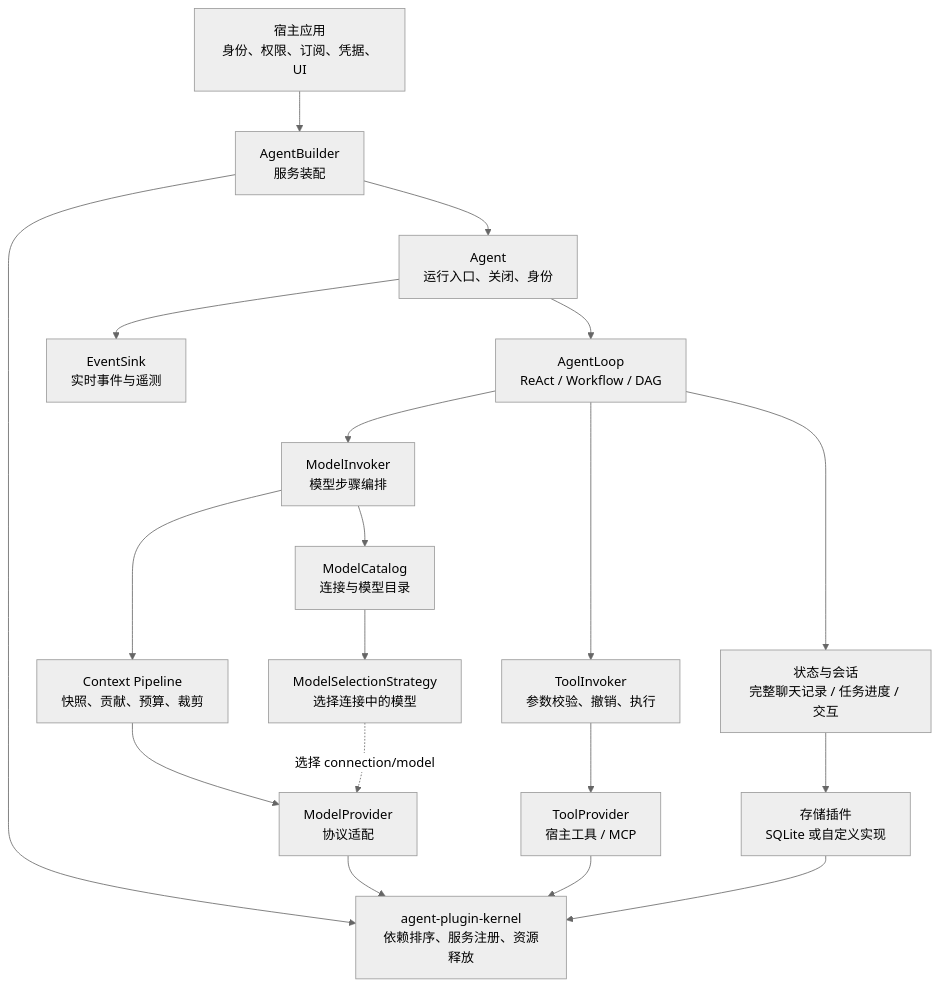
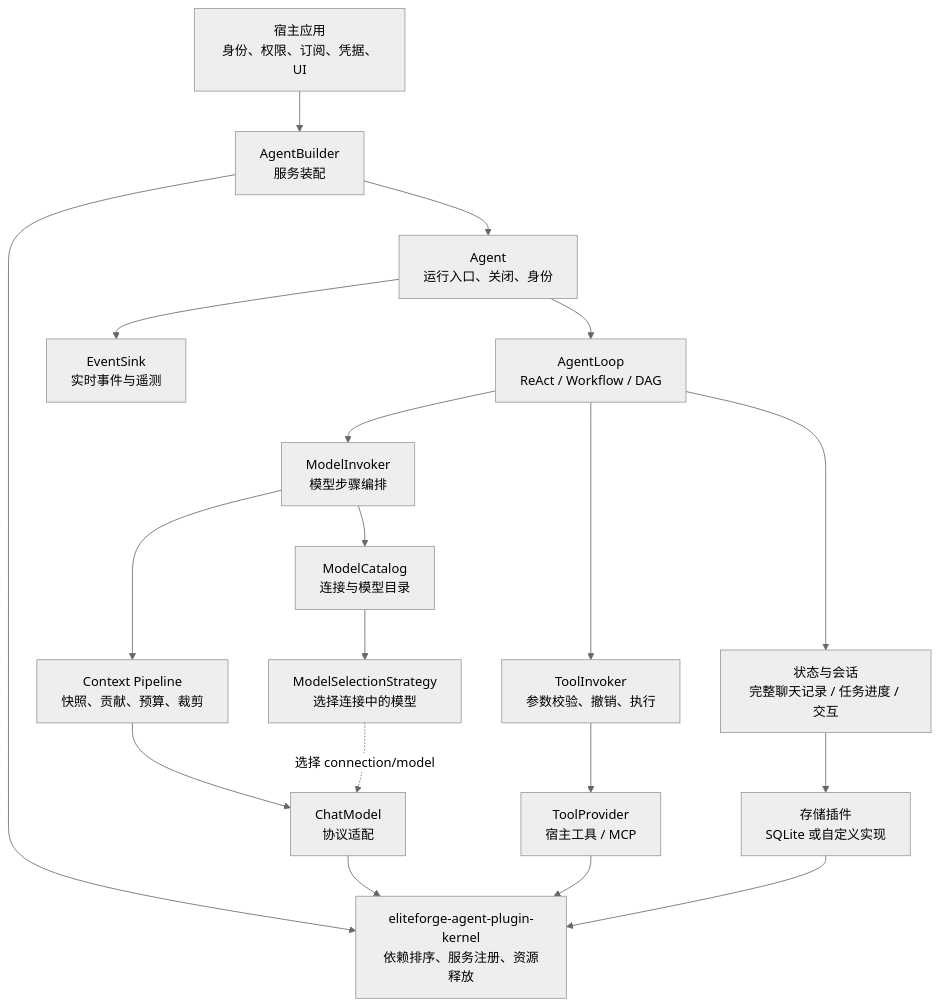
Before and after one commit to Penglai-Link/eliteforge-agent-framework: the first of 5 diagrams in docs/architecture.md, drawn with Mermaid (neutral theme). The commit also changed other lines of this file and 251 other files, not shown here.

````diff
--- a/docs/architecture.md
+++ b/docs/architecture.md
@@ -12,21 +12,21 @@
 ```mermaid
 flowchart TD
     Host[宿主应用\n身份、权限、订阅、凭据、UI] --> Builder[AgentBuilder\n服务装配]
     Builder --> Agent[Agent\n运行入口、关闭、身份]
     Agent --> Loop[AgentLoop\nReAct / Workflow / DAG]
     Loop --> ModelInvoker[ModelInvoker\n模型步骤编排]
     ModelInvoker --> ModelCatalog[ModelCatalog\n连接与模型目录]
     ModelCatalog --> ModelSelection[ModelSelectionStrategy\n选择连接中的模型]
     ModelInvoker --> ContextPipeline[Context Pipeline\n快照、贡献、预算、裁剪]
     Loop --> ToolInvoker[ToolInvoker\n参数校验、撤销、执行]
     Loop --> State[状态与会话\n完整聊天记录 / 任务进度 / 交互]
-    ContextPipeline --> ModelProvider[ModelProvider\n协议适配]
-    ModelSelection -.选择 connection/model.-> ModelProvider
+    ContextPipeline --> ChatModel[ChatModel\n协议适配]
+    ModelSelection -.选择 connection/model.-> ChatModel
     ToolInvoker --> ToolProvider[ToolProvider\n宿主工具 / MCP]
     State --> Storage[存储插件\nSQLite 或自定义实现]
     Agent --> Events[EventSink\n实时事件与遥测]
-    Builder --> Kernel[agent-plugin-kernel\n依赖排序、服务注册、资源释放]
-    ModelProvider --> Kernel
+    Builder --> Kernel[eliteforge-agent-plugin-kernel\n依赖排序、服务注册、资源释放]
+    ChatModel --> Kernel
     ToolProvider --> Kernel
     Storage --> Kernel
 ```
````
